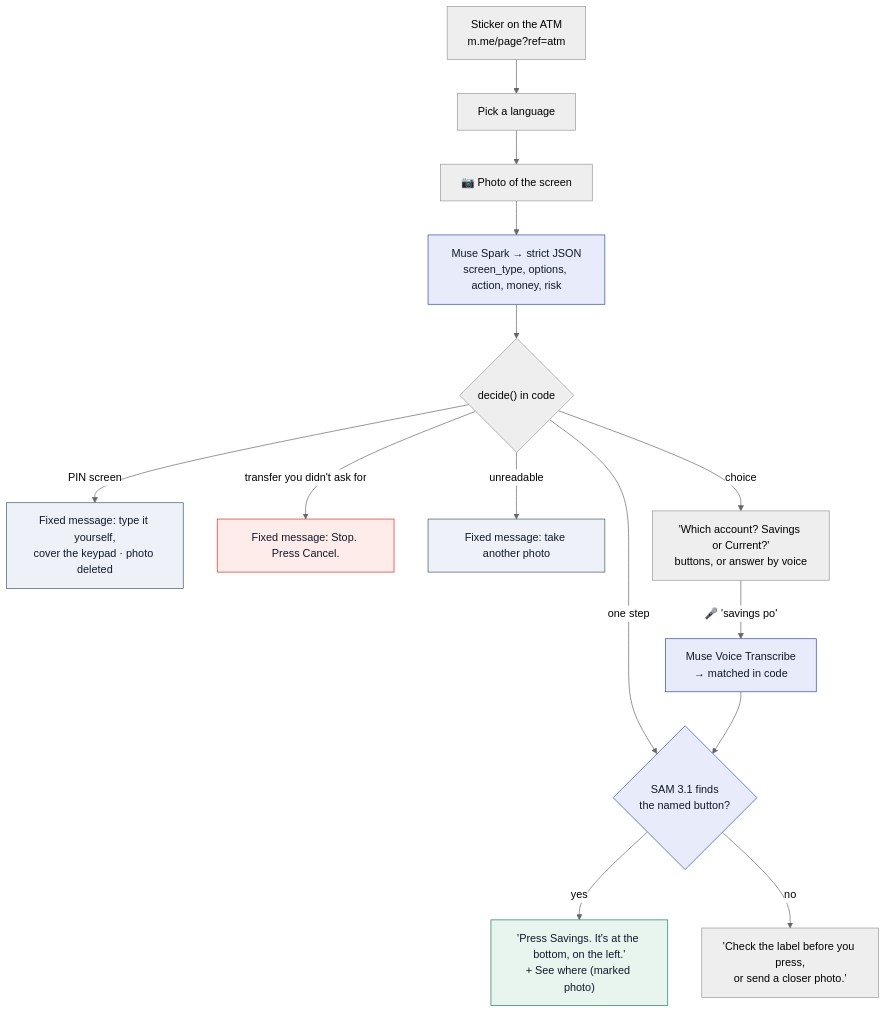
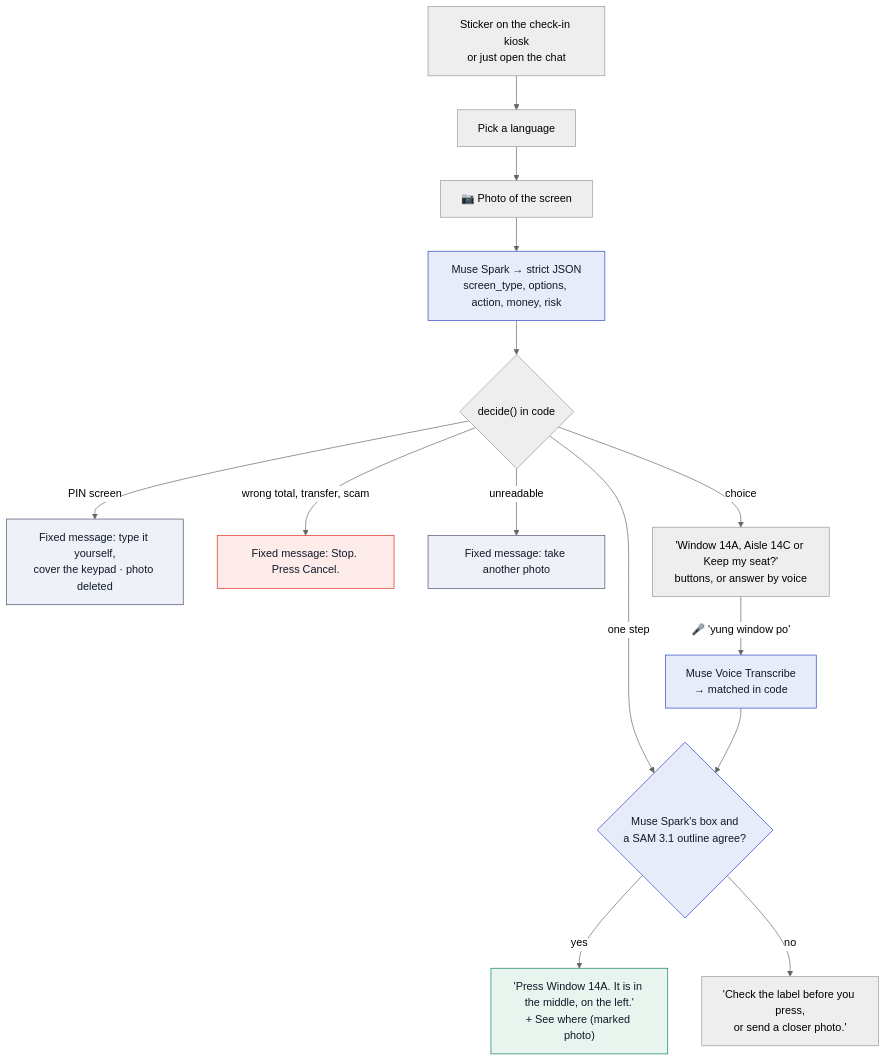
One commit to aljabrialam/accesspoint changed the first of 2 diagrams in README.md. Above: the diagram before and after it, drawn with Mermaid (neutral theme). The commit also changed other lines of this file and 92 other files, not shown here.

````diff
--- a/README.md
+++ b/README.md
@@ -83,24 +87,24 @@
 ```mermaid
 flowchart TB
-  S["Sticker on the ATM<br/>m.me/page?ref=atm"] --> L["Pick a language"]
+  S["Sticker on the check-in kiosk<br/>or just open the chat"] --> L["Pick a language"]
   L --> P["📷 Photo of the screen"]
   P --> SP["Muse Spark → strict JSON<br/>screen_type, options, action, money, risk"]
   SP --> D{"decide() in code"}
   D -->|PIN screen| PIN["Fixed message: type it yourself,<br/>cover the keypad · photo deleted"]
-  D -->|transfer you didn't ask for| STOP["Fixed message: Stop. Press Cancel."]
+  D -->|wrong total, transfer, scam| STOP["Fixed message: Stop. Press Cancel."]
   D -->|unreadable| RT["Fixed message: take another photo"]
-  D -->|choice| Q["'Which account? Savings or Current?'<br/>buttons, or answer by voice"]
-  D -->|one step| SAM{"SAM 3.1 finds<br/>the named button?"}
-  Q -->|"🎤 'savings po'"| V["Muse Voice Transcribe<br/>→ matched in code"]
+  D -->|choice| Q["'Window 14A, Aisle 14C or Keep my seat?'<br/>buttons, or answer by voice"]
+  D -->|one step| SAM{"Muse Spark's box and<br/>a SAM 3.1 outline agree?"}
+  Q -->|"🎤 'yung window po'"| V["Muse Voice Transcribe<br/>→ matched in code"]
   V --> SAM
-  SAM -->|yes| OK["'Press Savings. It's at the bottom, on the left.'<br/>+ See where (marked photo)"]
+  SAM -->|yes| OK["'Press Window 14A. It is in the middle, on the left.'<br/>+ See where (marked photo)"]
   SAM -->|no| CK["'Check the label before you press,<br/>or send a closer photo.'"]
 
   style STOP fill:#FDECEA,stroke:#D92D20,color:#101828
   style PIN fill:#EEF1F7,stroke:#475467,color:#101828
   style RT fill:#EEF1F7,stroke:#475467,color:#101828
   style OK fill:#E7F5EE,stroke:#12805C,color:#101828
   style SP fill:#E8ECFA,stroke:#2B47C9,color:#101828
   style SAM fill:#E8ECFA,stroke:#2B47C9,color:#101828
   style V fill:#E8ECFA,stroke:#2B47C9,color:#101828
 ```
````
